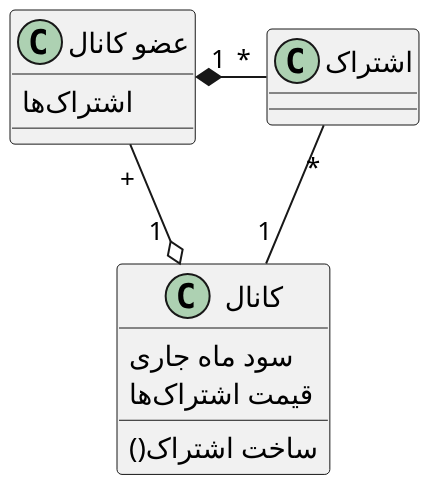
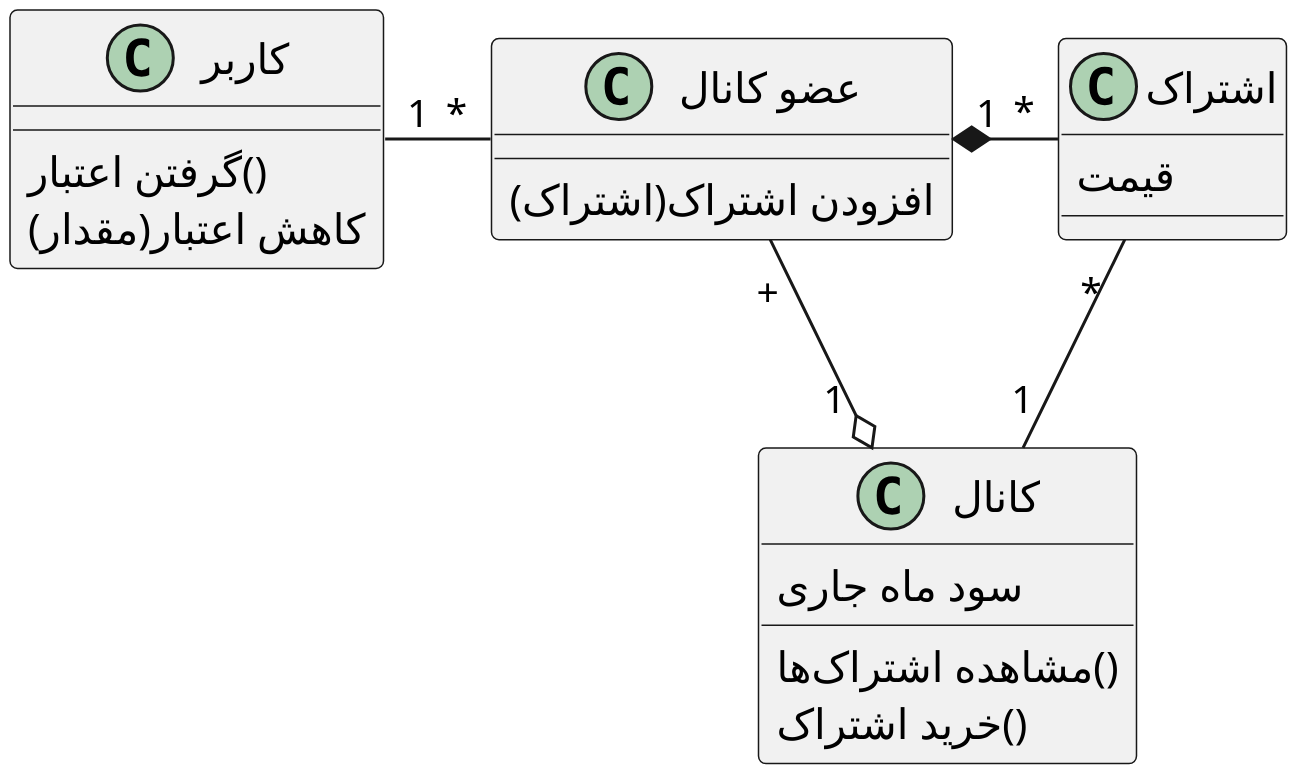
One commit to soleyman79/Qasedak changed the diagram in Diagrams/Class/BuySubscription.puml. Above: the diagram before and after it, drawn with PlantUML. The commit also changed 1 other file, not shown here.

```diff
--- a/Diagrams/Class/BuySubscription.puml
+++ b/Diagrams/Class/BuySubscription.puml
@@ -1,24 +1,31 @@
 @startuml buy_subscription
 
-scale 2
+scale 3
 skinparam DefaultFontName B Nazanin
 skinparam ArrowMessageAlignment right
 
 class "اشتراک" as subscription {
+    قیمت
 }
 
 class "کانال" as chanel {
     سود ماه جاری
-    قیمت اشتراک‌ها
-    ()ساخت اشتراک
+    مشاهده اشتراک‌ها()
+    خرید اشتراک()
 }
 
 class "عضو کانال" as member {
-    اشتراک‌ها
+    افزودن اشتراک(اشتراک)
+}
+
+class "کاربر" as user {
+    گرفتن اعتبار()
+    کاهش اعتبار(مقدار)
 }
 
 subscription "              *" -down- "1" chanel
 chanel "                    1" o-up- "+" member
 member "1" *-right- "*" subscription
+member "*" -left- "1" user
 
 @enduml
```
